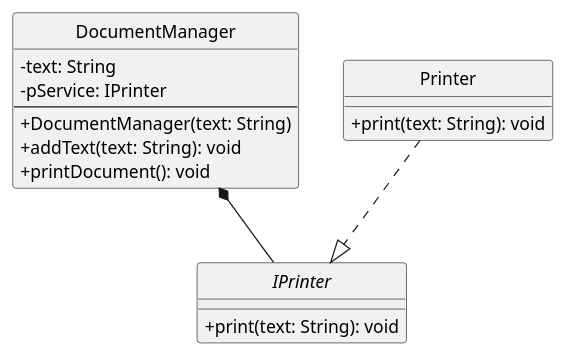
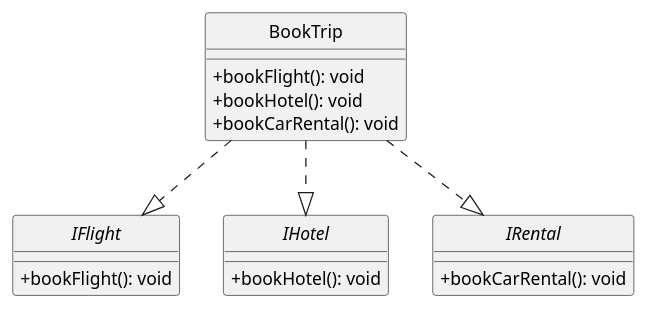
Before and after one commit to Group06-SwDA/AY-25-26-exercises: the diagram in output/compliant.puml, drawn with PlantUML. The commit also changed other lines of this file and 1 other file, not shown here.

```diff
--- a/output/compliant.puml
+++ b/output/compliant.puml
@@ -6,24 +6,26 @@
 @startuml
 skinparam classAttributeIconSize 0
 hide circle
 
-class DocumentManager {
-  -text: String
-  -pService: IPrinter
-  --
-  +DocumentManager(text: String)
-  +addText(text: String): void
-  +printDocument(): void
+class BookTrip {
+  +bookFlight(): void
+  +bookHotel(): void
+  +bookCarRental(): void
 }
 
-interface IPrinter {
-  +print(text: String): void
+interface IFlight {
+  +bookFlight(): void
 }
 
-class Printer {
-  +print(text: String): void
+interface IHotel {
+  +bookHotel(): void
 }
 
-DocumentManager *-- IPrinter
-Printer ..|> IPrinter
+interface IRental {
+  +bookCarRental(): void
+}
+
+BookTrip ..|> IFlight
+BookTrip ..|> IHotel
+BookTrip ..|> IRental
 @enduml
```
